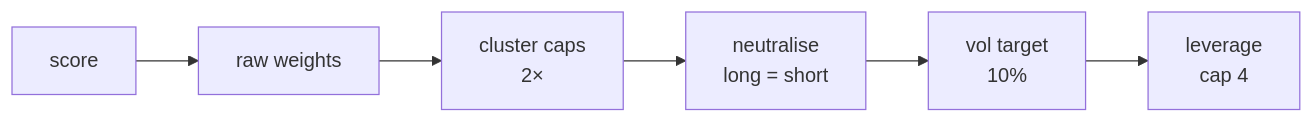
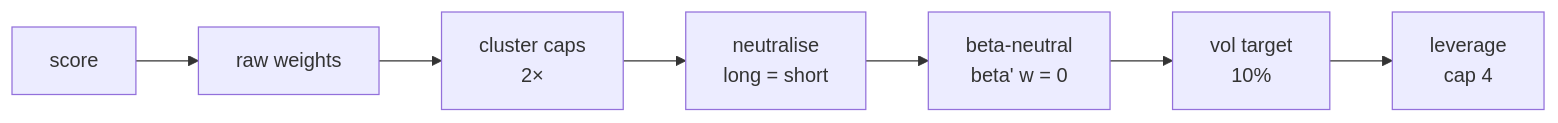
Diagram 11 of 12 in README.md (qlemoal/quant_alpha_lab), drawn with Mermaid before and after one commit. The commit also changed other lines of this file and 25 other files, not shown here.

````diff
--- a/README.md
+++ b/README.md
@@ -252,4 +260,4 @@
 ```mermaid
 flowchart LR
-    A["score"] --> B["raw weights"] --> C["cluster caps<br/>2×"] --> D["neutralise<br/>long = short"] --> E["vol target<br/>10%"] --> F["leverage<br/>cap 4"]
+    A["score"] --> B["raw weights"] --> C["cluster caps<br/>2×"] --> D["neutralise<br/>long = short"] --> G["beta-neutral<br/>beta' w = 0"] --> E["vol target<br/>10%"] --> F["leverage<br/>cap 4"]
 ```
````
